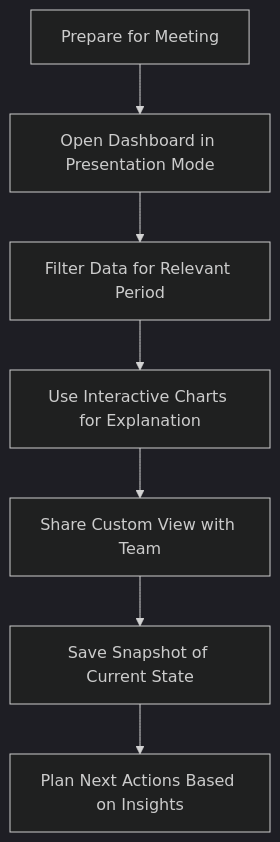
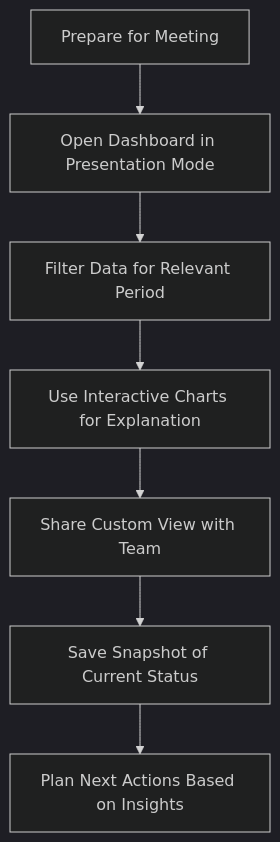
The ninth of 13 diagrams in Docs/entire_project/Quick_Start_Guide/Quick_Start_Guide.md (Shakour-Data/AutoProjectManagement), drawn with Mermaid (dark theme) before and after one commit. The commit also changed other lines of this file, not shown here.

````diff
--- a/Docs/entire_project/Quick_Start_Guide/Quick_Start_Guide.md
+++ b/Docs/entire_project/Quick_Start_Guide/Quick_Start_Guide.md
@@ -2188,9 +646,9 @@
 ```mermaid
 graph TB
     A[Prepare for Meeting] --> B[Open Dashboard in Presentation Mode]
     B --> C[Filter Data for Relevant Period]
     C --> D[Use Interactive Charts for Explanation]
     D --> E[Share Custom View with Team]
-    E --> F[Save Snapshot of Current State]
+    E --> F[Save Snapshot of Current Status]
     F --> G[Plan Next Actions Based on Insights]
 ```
````
